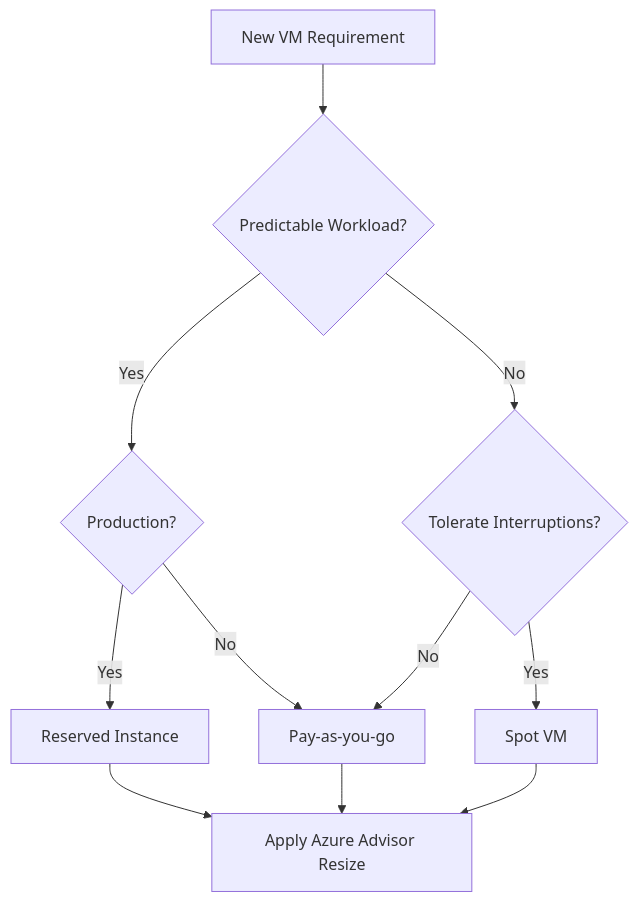
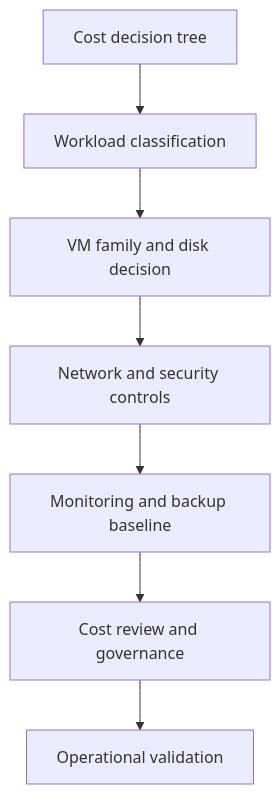
One commit to yeongseon/azure-virtual-machine-practical-guide changed the diagram in docs/best-practices/cost-optimization-best-practices.md. Above: the diagram before and after it, drawn with Mermaid. The commit also changed other lines of this file and 24 other files, not shown here.

````diff
--- a/docs/best-practices/cost-optimization-best-practices.md
+++ b/docs/best-practices/cost-optimization-best-practices.md
@@ -20,13 +17,9 @@
 ```mermaid
-graph TD
-    A[New VM Requirement] --> B{Predictable Workload?}
-    B -->|Yes| C{Production?}
-    B -->|No| D{Tolerate Interruptions?}
-    C -->|Yes| E[Reserved Instance]
-    C -->|No| F[Pay-as-you-go]
-    D -->|Yes| G[Spot VM]
-    D -->|No| F
-    E --> H[Apply Azure Advisor Resize]
-    F --> H
-    G --> H
+flowchart TD
+    A[Cost decision tree] --> B[Workload classification]
+    B --> C[VM family and disk decision]
+    C --> D[Network and security controls]
+    D --> E[Monitoring and backup baseline]
+    E --> F[Cost review and governance]
+    F --> G[Operational validation]
 ```
````
